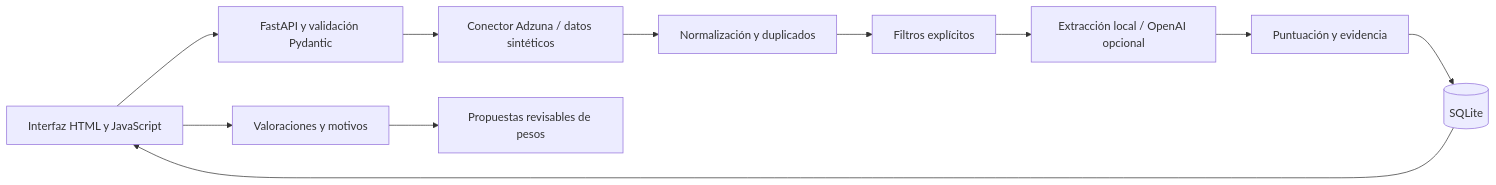
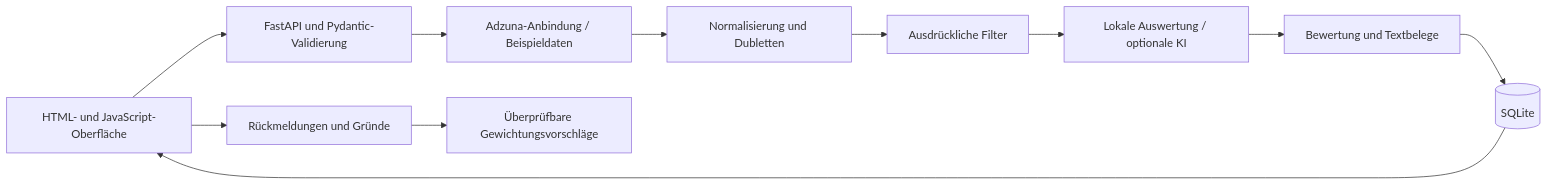
The diagram in README.md (alexandragoia/jobflow-ai), drawn with Mermaid before and after one commit. The commit also changed other lines of this file and 5 other files, not shown here.

````diff
--- a/README.md
+++ b/README.md
@@ -62,13 +63,13 @@
 ```mermaid
 flowchart LR
-    UI[Interfaz HTML y JavaScript] --> API[FastAPI y validación Pydantic]
-    API --> Source[Conector Adzuna / datos sintéticos]
-    Source --> Normalize[Normalización y duplicados]
-    Normalize --> Filters[Filtros explícitos]
-    Filters --> Analysis[Extracción local / OpenAI opcional]
-    Analysis --> Rank[Puntuación y evidencia]
+    UI[HTML- und JavaScript-Oberfläche] --> API[FastAPI und Pydantic-Validierung]
+    API --> Source[Adzuna-Anbindung / Beispieldaten]
+    Source --> Normalize[Normalisierung und Dubletten]
+    Normalize --> Filters[Ausdrückliche Filter]
+    Filters --> Analysis[Lokale Auswertung / optionale KI]
+    Analysis --> Rank[Bewertung und Textbelege]
     Rank --> DB[(SQLite)]
     DB --> UI
-    UI --> Feedback[Valoraciones y motivos]
-    Feedback --> Suggestions[Propuestas revisables de pesos]
+    UI --> Feedback[Rückmeldungen und Gründe]
+    Feedback --> Suggestions[Überprüfbare Gewichtungsvorschläge]
 ```
````
